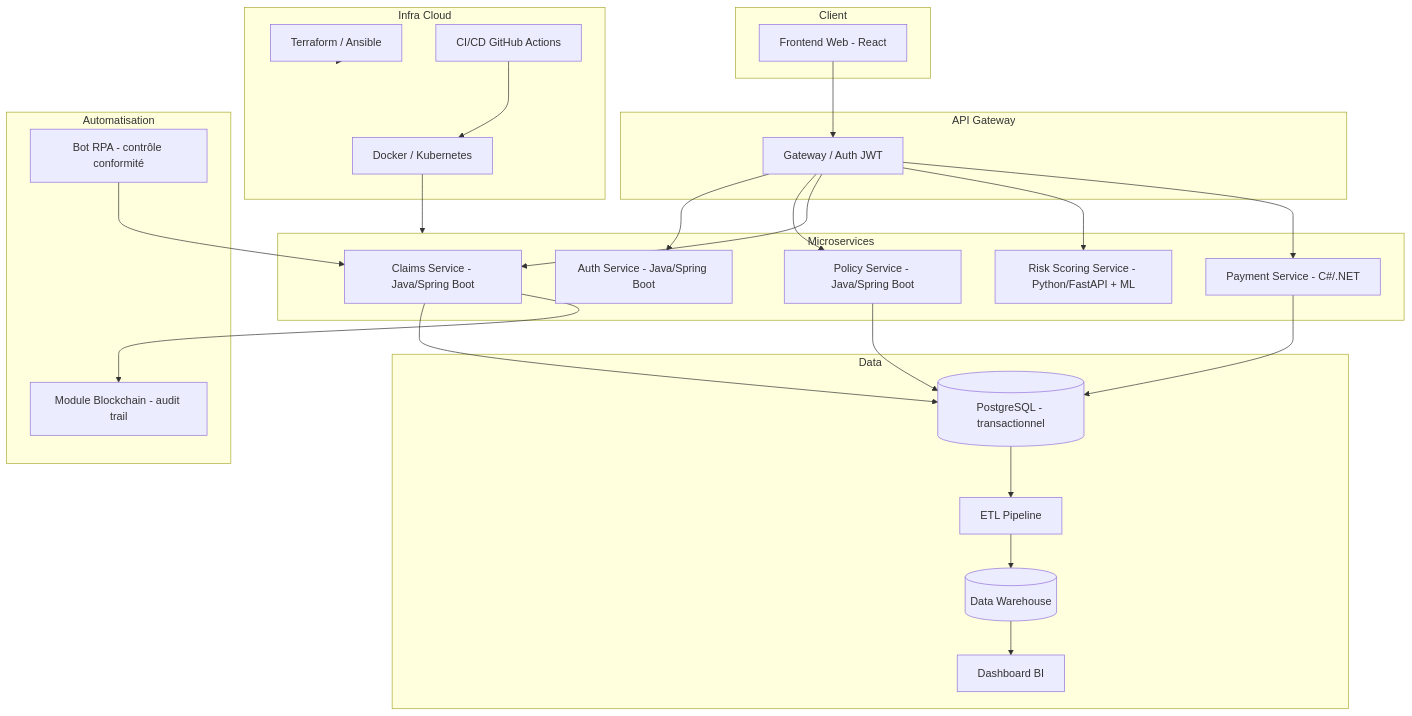
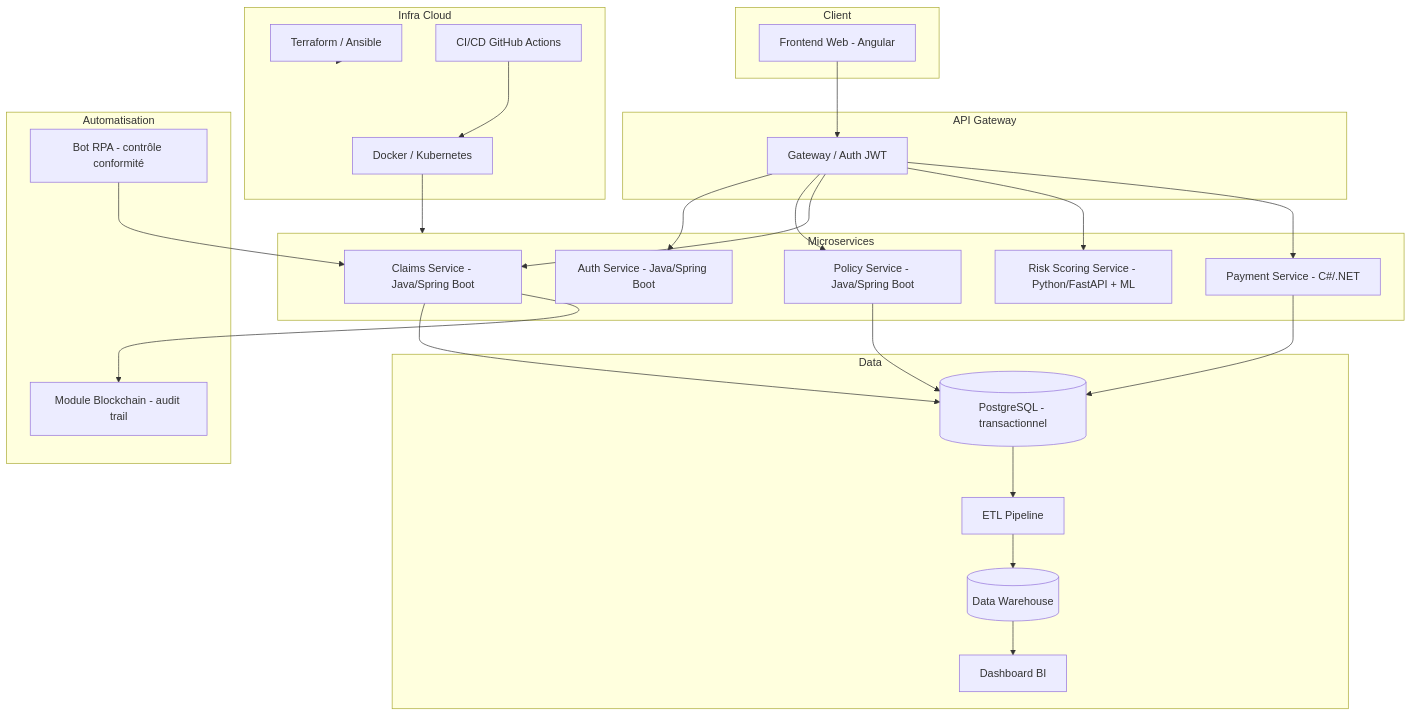
Before and after one commit to RUMTD/assurcore: the diagram in docs/cadrage-projet.md, drawn with Mermaid. The commit also changed other lines of this file and 4 other files, not shown here.

Commit message:
docs: remplace React par Angular dans le cadrage, le README et le diagramme de déploiement

````diff
--- a/docs/cadrage-projet.md
+++ b/docs/cadrage-projet.md
@@ -36,54 +36,54 @@
 ```mermaid
 flowchart TB
     subgraph Client
-        WEB[Frontend Web - React]
+        WEB[Frontend Web - Angular]
     end
 
     subgraph API_GATEWAY[API Gateway]
         GW[Gateway / Auth JWT]
     end
 
     subgraph Microservices
         AUTH[Auth Service - Java/Spring Boot]
         POLICY[Policy Service - Java/Spring Boot]
         CLAIMS[Claims Service - Java/Spring Boot]
         RISK[Risk Scoring Service - Python/FastAPI + ML]
         PAY[Payment Service - C#/.NET]
     end
 
     subgraph Data
         PG[(PostgreSQL - transactionnel)]
         DW[(Data Warehouse)]
         ETL[ETL Pipeline]
         BI[Dashboard BI]
     end
 
     subgraph Cloud_Infra[Infra Cloud]
         TF[Terraform / Ansible]
         DOCKER[Docker / Kubernetes]
         CI[CI/CD GitHub Actions]
     end
 
     subgraph Auto[Automatisation]
         RPA[Bot RPA - contrôle conformité]
         CHAIN[Module Blockchain - audit trail]
     end
 
     WEB --> GW
     GW --> AUTH
     GW --> POLICY
     GW --> CLAIMS
     GW --> RISK
     GW --> PAY
 
     POLICY --> PG
     CLAIMS --> PG
     PAY --> PG
     PG --> ETL --> DW --> BI
 
     CLAIMS --> CHAIN
     RPA --> CLAIMS
 
     CI --> DOCKER --> Microservices
     TF --> Cloud_Infra
 ```
````
